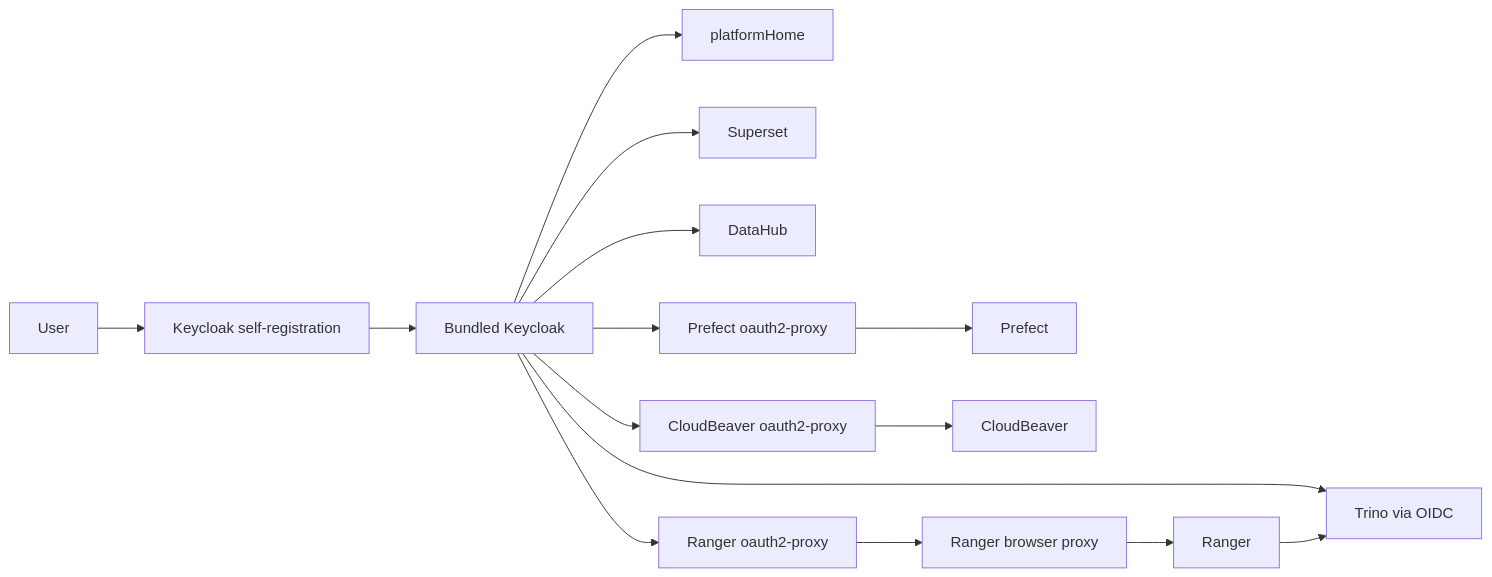
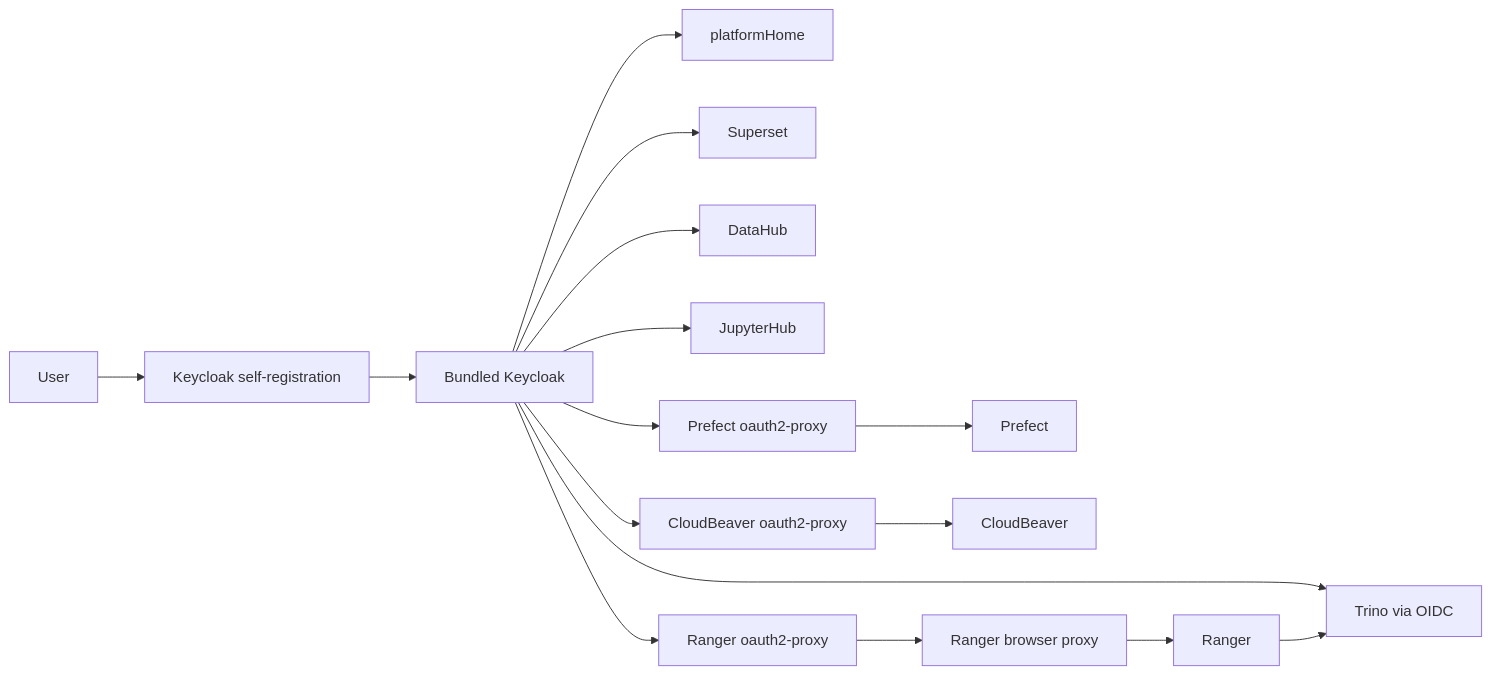
One commit to sanger-pathogens/dlh-in-a-box-umbrella-helm-chart changed the second of 6 diagrams in docs/auth-architecture.md. Above: the diagram before and after it, drawn with Mermaid. The commit also changed other lines of this file and 19 other files, not shown here.

Commit message:
Add optional JupyterHub and wrapped Vault launch

````diff
--- a/docs/auth-architecture.md
+++ b/docs/auth-architecture.md
@@ -57,17 +58,18 @@
 ```mermaid
 flowchart LR
   User[User] --> KeycloakSignup[Keycloak self-registration]
   KeycloakSignup --> Keycloak[Bundled Keycloak]
   Keycloak --> Portal[platformHome]
   Keycloak --> Trino[Trino via OIDC]
   Keycloak --> Superset[Superset]
   Keycloak --> DataHub[DataHub]
+  Keycloak --> JupyterHub[JupyterHub]
   Keycloak --> PrefectProxy[Prefect oauth2-proxy]
   PrefectProxy --> Prefect[Prefect]
   Keycloak --> CloudBeaverProxy[CloudBeaver oauth2-proxy]
   CloudBeaverProxy --> CloudBeaver[CloudBeaver]
   Keycloak --> RangerProxy[Ranger oauth2-proxy]
   RangerProxy --> RangerBrowserProxy[Ranger browser proxy]
   RangerBrowserProxy --> Ranger[Ranger]
   Ranger --> Trino
 ```
````
